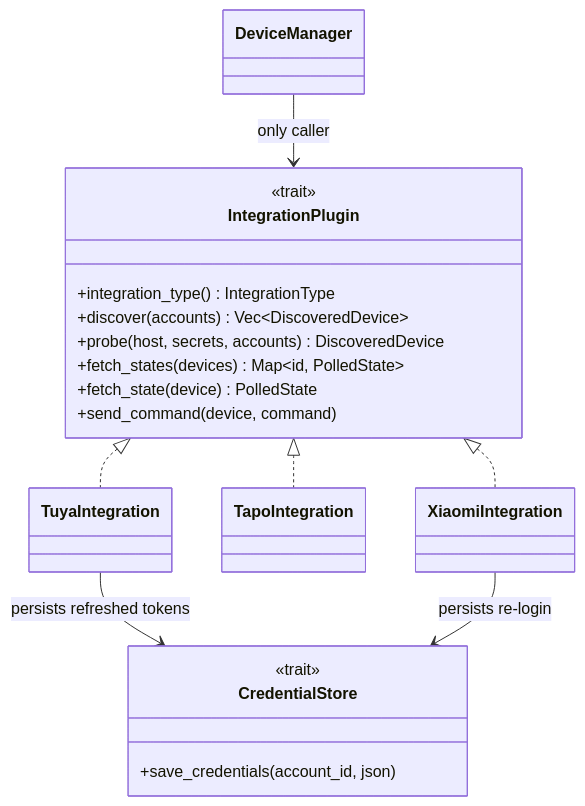
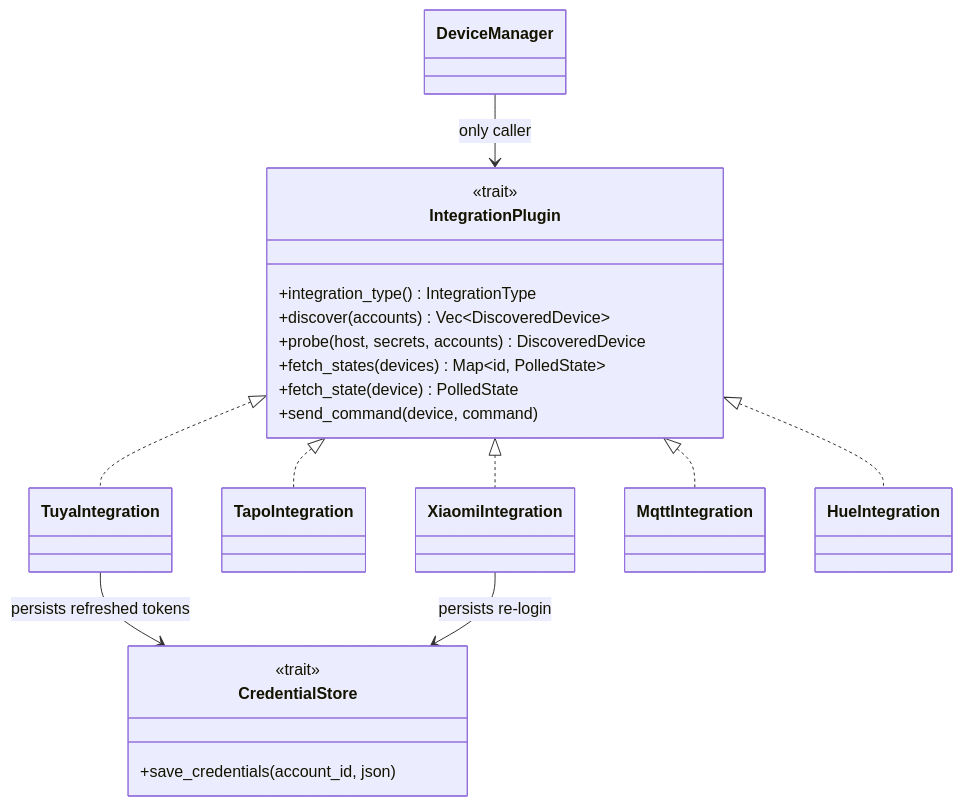
Before and after one commit to aiyu-ayaan/Domus: the second of 10 diagrams in development/docs/ARCHITECTURE.md, drawn with Mermaid. The commit also changed other lines of this file and 5 other files, not shown here.

First line of the commit message:
docs(Integrations) : Document MQTT, Hue and Tapo hubs with an architecture diagram

````diff
--- a/development/docs/ARCHITECTURE.md
+++ b/development/docs/ARCHITECTURE.md
@@ -66,22 +68,24 @@
 ```mermaid
 classDiagram
     class IntegrationPlugin {
         <<trait>>
         +integration_type() IntegrationType
         +discover(accounts) Vec~DiscoveredDevice~
         +probe(host, secrets, accounts) DiscoveredDevice
         +fetch_states(devices) Map~id, PolledState~
         +fetch_state(device) PolledState
         +send_command(device, command)
     }
     class CredentialStore {
         <<trait>>
         +save_credentials(account_id, json)
     }
     IntegrationPlugin <|.. TuyaIntegration
     IntegrationPlugin <|.. TapoIntegration
     IntegrationPlugin <|.. XiaomiIntegration
+    IntegrationPlugin <|.. MqttIntegration
+    IntegrationPlugin <|.. HueIntegration
     TuyaIntegration --> CredentialStore : persists refreshed tokens
     XiaomiIntegration --> CredentialStore : persists re-login
     DeviceManager --> IntegrationPlugin : only caller
 ```
````
